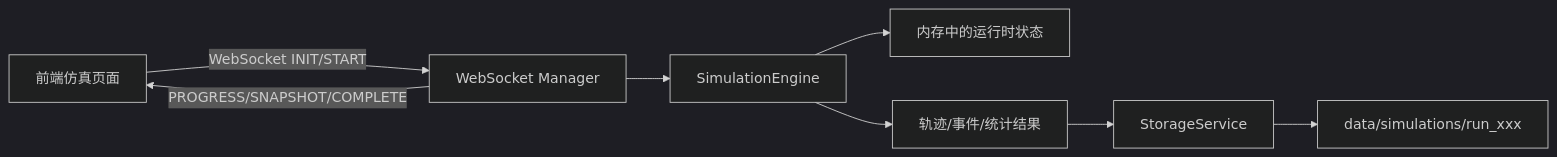
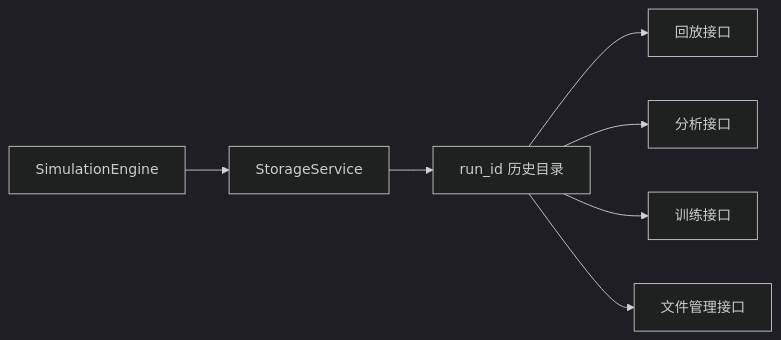
One commit to Tuzfucius/YULU_simulation changed the first of 3 diagrams in docs/storage/api_interaction_and_history_storage.md. Above: the diagram before and after it, drawn with Mermaid (dark theme). The commit also changed other lines of this file and 1 other file, not shown here.

Commit message:
docs(storage): rewrite history storage docs

````diff
--- a/docs/storage/api_interaction_and_history_storage.md
+++ b/docs/storage/api_interaction_and_history_storage.md
@@ -27,10 +33,9 @@
 ```mermaid
 flowchart LR
-    A[前端仿真页面] -->|WebSocket INIT/START| B[WebSocket Manager]
-    B --> C[SimulationEngine]
-    C --> D[内存中的运行时状态]
-    C --> E[轨迹/事件/统计结果]
-    E --> F[StorageService]
-    F --> G[data/simulations/run_xxx]
-    B -->|PROGRESS/SNAPSHOT/COMPLETE| A
+    A["SimulationEngine"] --> B["StorageService"]
+    B --> C["run_id 历史目录"]
+    C --> D["回放接口"]
+    C --> E["分析接口"]
+    C --> F["训练接口"]
+    C --> G["文件管理接口"]
 ```
````
